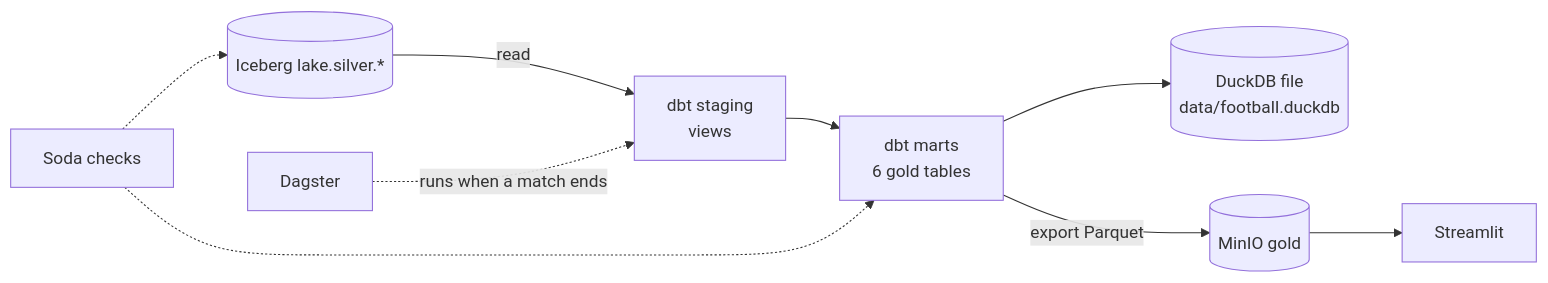
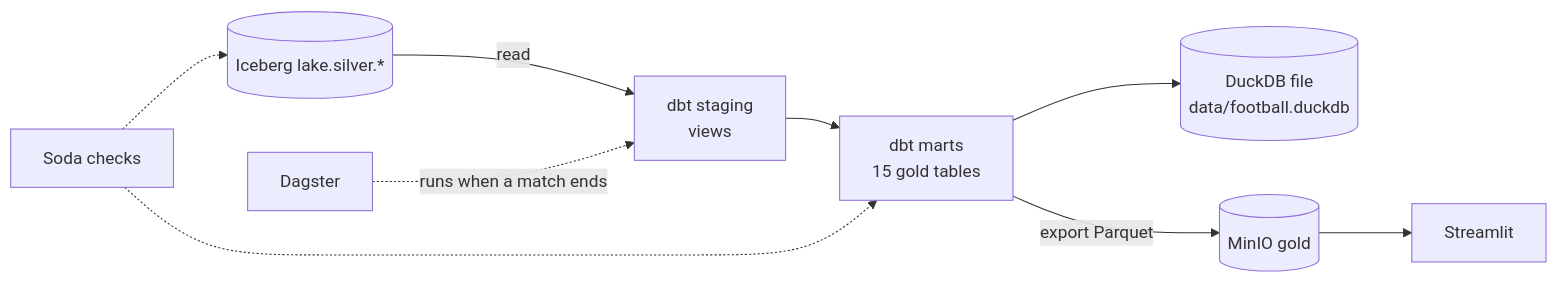
The diagram in docs/gold-guide.md (Anaximandr0s/football-data-platform), drawn with Mermaid before and after one commit. The commit also changed other lines of this file and 7 other files, not shown here.

````diff
--- a/docs/gold-guide.md
+++ b/docs/gold-guide.md
@@ -15,10 +15,10 @@
 ```mermaid
 flowchart LR
     S[(Iceberg lake.silver.*)] -->|read| ST[dbt staging<br/>views]
-    ST --> M[dbt marts<br/>6 gold tables]
+    ST --> M[dbt marts<br/>15 gold tables]
     M --> D[(DuckDB file<br/>data/football.duckdb)]
     M -->|export Parquet| G[(MinIO gold)]
     G --> A[Streamlit]
     SODA[Soda checks] -.-> S & M
     DAG[Dagster] -.->|runs when a match ends| ST
 ```
````
